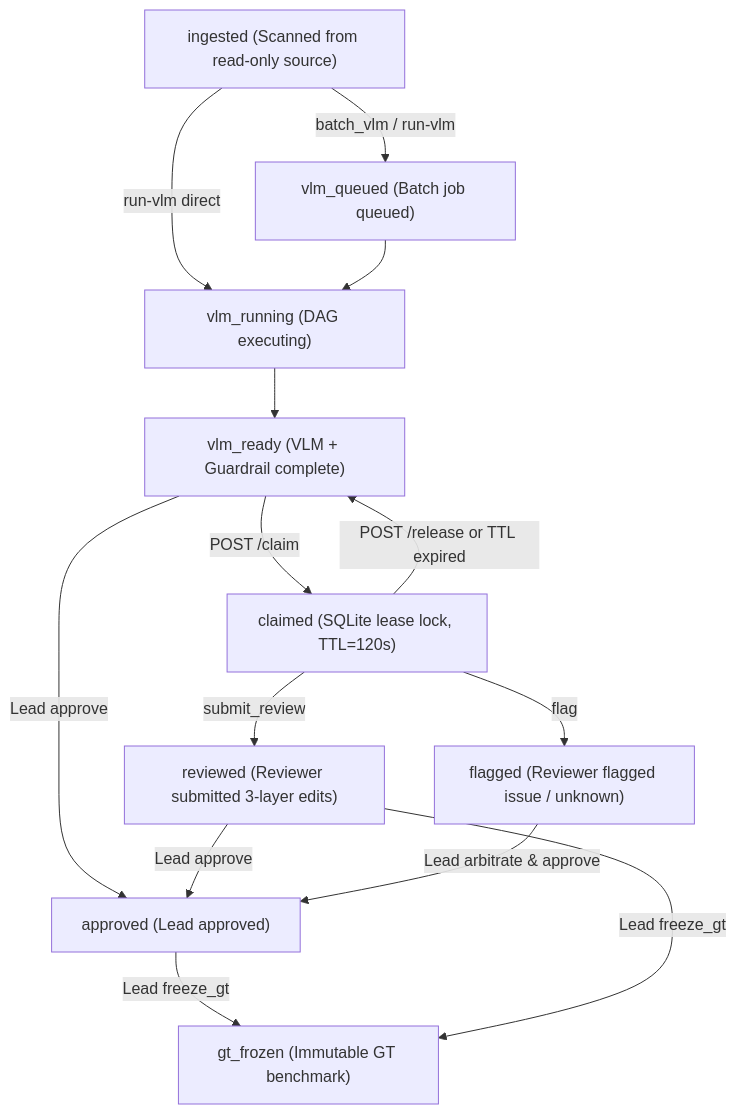
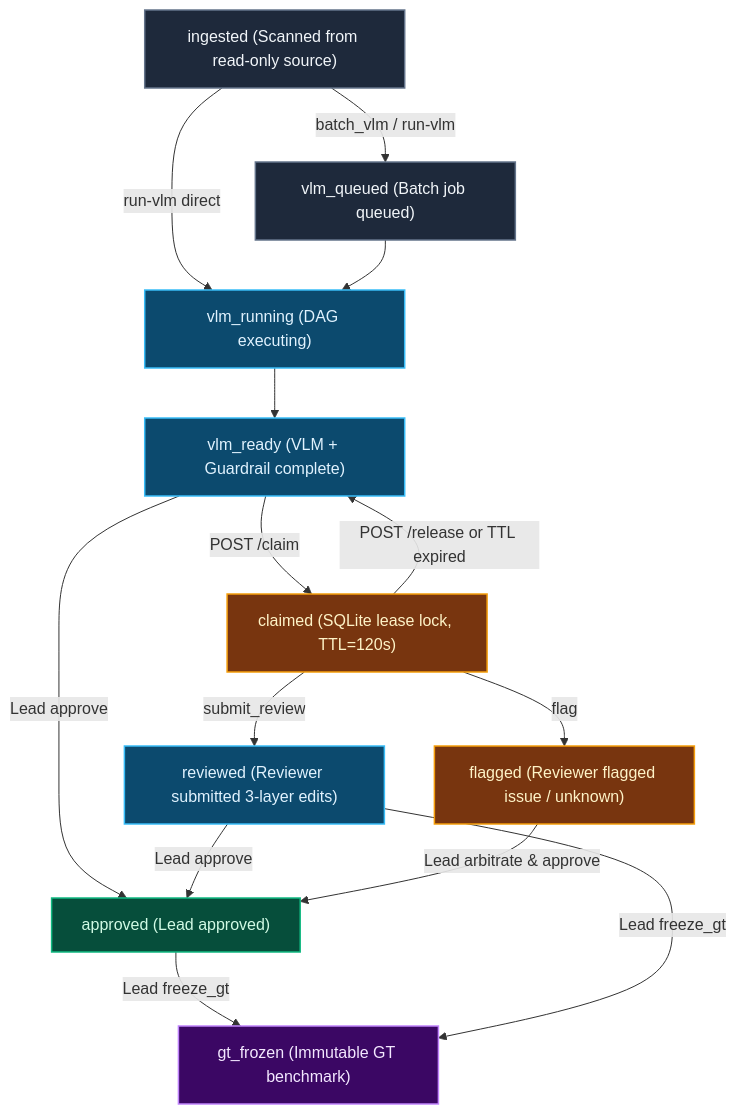
Before and after one commit to LVultimatefun/DDBR: the third of 3 diagrams in docs/architecture.md, drawn with Mermaid. The commit also changed other lines of this file and 14 other files, not shown here.

Commit message:
docs: add visual architecture SVGs, open-source ALOHA HUD demos, and Web Studio showcase

````diff
--- a/docs/architecture.md
+++ b/docs/architecture.md
@@ -97,25 +126,31 @@
 ```mermaid
 flowchart TB
-    ING["ingested (Scanned from read-only source)"]
-    QUE["vlm_queued (Batch job queued)"]
-    RUN["vlm_running (DAG executing)"]
-    RDY["vlm_ready (VLM + Guardrail complete)"]
-    CLM["claimed (SQLite lease lock, TTL=120s)"]
-    REV["reviewed (Reviewer submitted 3-layer edits)"]
-    FLG["flagged (Reviewer flagged issue / unknown)"]
-    APP["approved (Lead approved)"]
-    GTF["gt_frozen (Immutable GT benchmark)"]
+    classDef neutral fill:#1e293b,stroke:#64748b,stroke-width:1.5px,color:#f1f5f9
+    classDef active fill:#0c4a6e,stroke:#38bdf8,stroke-width:1.5px,color:#e0f2fe
+    classDef warn fill:#78350f,stroke:#f59e0b,stroke-width:1.5px,color:#fef3c7
+    classDef good fill:#064e3b,stroke:#10b981,stroke-width:1.5px,color:#d1fae5
+    classDef frozen fill:#3b0764,stroke:#c084fc,stroke-width:1.5px,color:#f3e8ff
+
+    ING["ingested (Scanned from read-only source)"]:::neutral
+    QUE["vlm_queued (Batch job queued)"]:::neutral
+    RUN["vlm_running (DAG executing)"]:::active
+    RDY["vlm_ready (VLM + Guardrail complete)"]:::active
+    CLM["claimed (SQLite lease lock, TTL=120s)"]:::warn
+    REV["reviewed (Reviewer submitted 3-layer edits)"]:::active
+    FLG["flagged (Reviewer flagged issue / unknown)"]:::warn
+    APP["approved (Lead approved)"]:::good
+    GTF["gt_frozen (Immutable GT benchmark)"]:::frozen
 
     ING -- "batch_vlm / run-vlm" --> QUE
     ING -- "run-vlm direct" --> RUN
     QUE --> RUN --> RDY
     RDY -- "POST /claim" --> CLM
     CLM -- "POST /release or TTL expired" --> RDY
     CLM -- "submit_review" --> REV
     CLM -- "flag" --> FLG
     RDY -- "Lead approve" --> APP
     REV -- "Lead approve" --> APP
     FLG -- "Lead arbitrate & approve" --> APP
     APP -- "Lead freeze_gt" --> GTF
     REV -- "Lead freeze_gt" --> GTF
 ```
````
